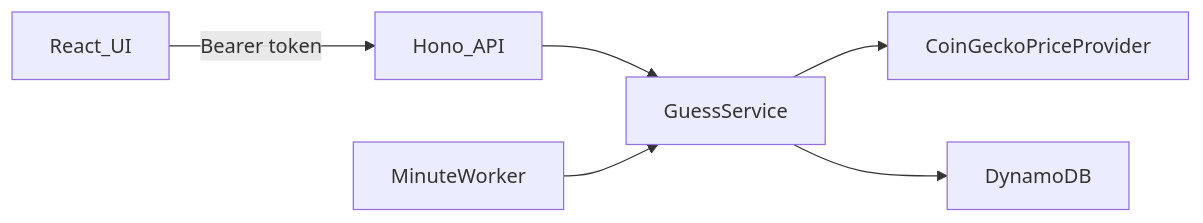
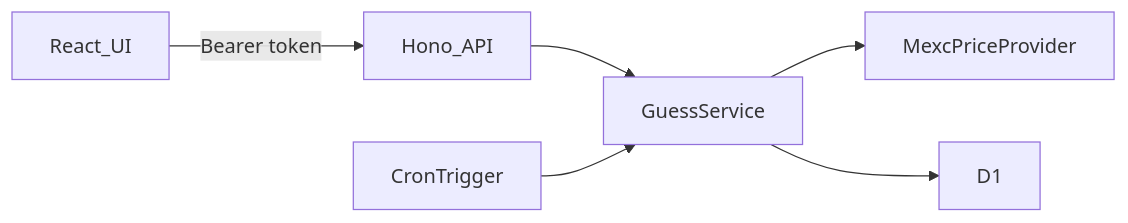
Before and after one commit to angielamarchlewska252-maker/epilot-task: the diagram in README.md, drawn with Mermaid. The commit also changed other lines of this file and 26 other files, not shown here.

````diff
--- a/README.md
+++ b/README.md
@@ -35,14 +35,14 @@
 ```mermaid
 flowchart LR
   web[React_UI]
   api[Hono_API]
   game[GuessService]
-  prices[CoinGeckoPriceProvider]
-  db[DynamoDB]
-  worker[MinuteWorker]
+  prices[MexcPriceProvider]
+  db[D1]
+  worker[CronTrigger]
   web -->|"Bearer token"| api
   api --> game
   game --> prices
   game --> db
   worker --> game
 ```
````
